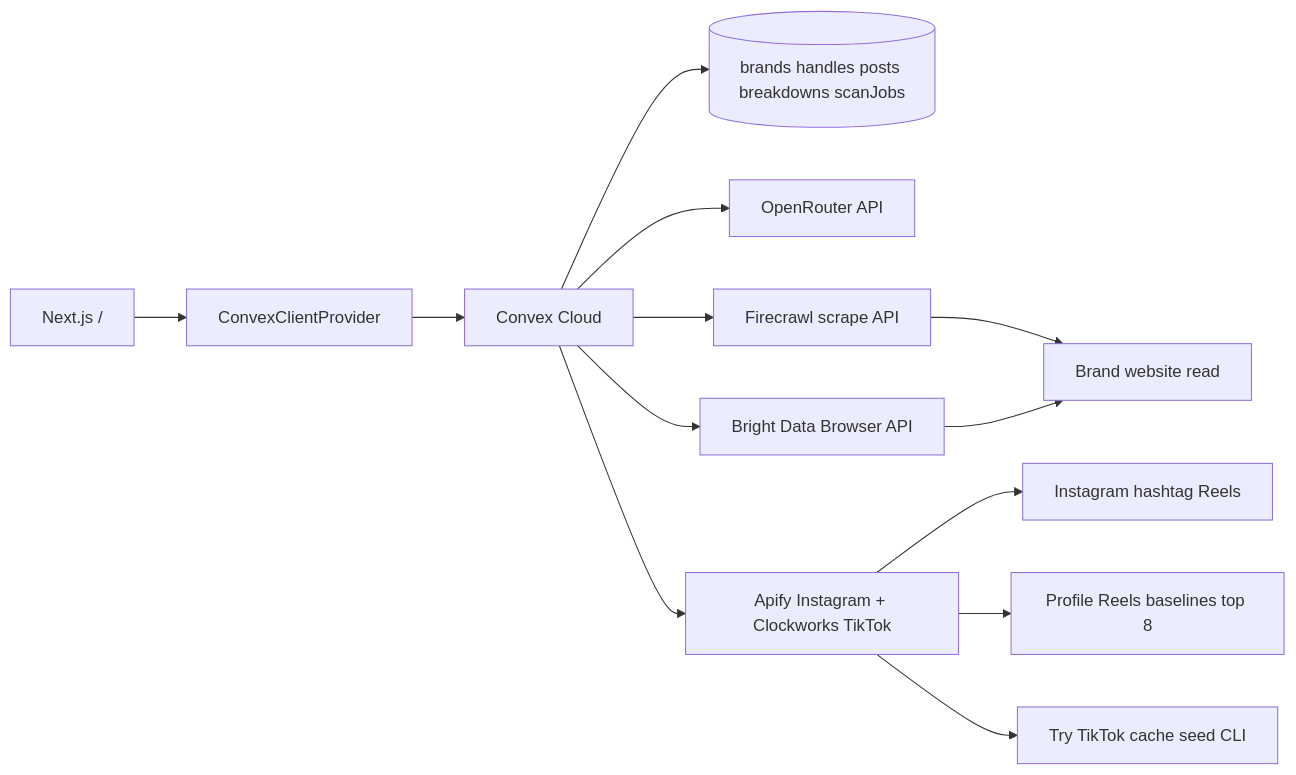
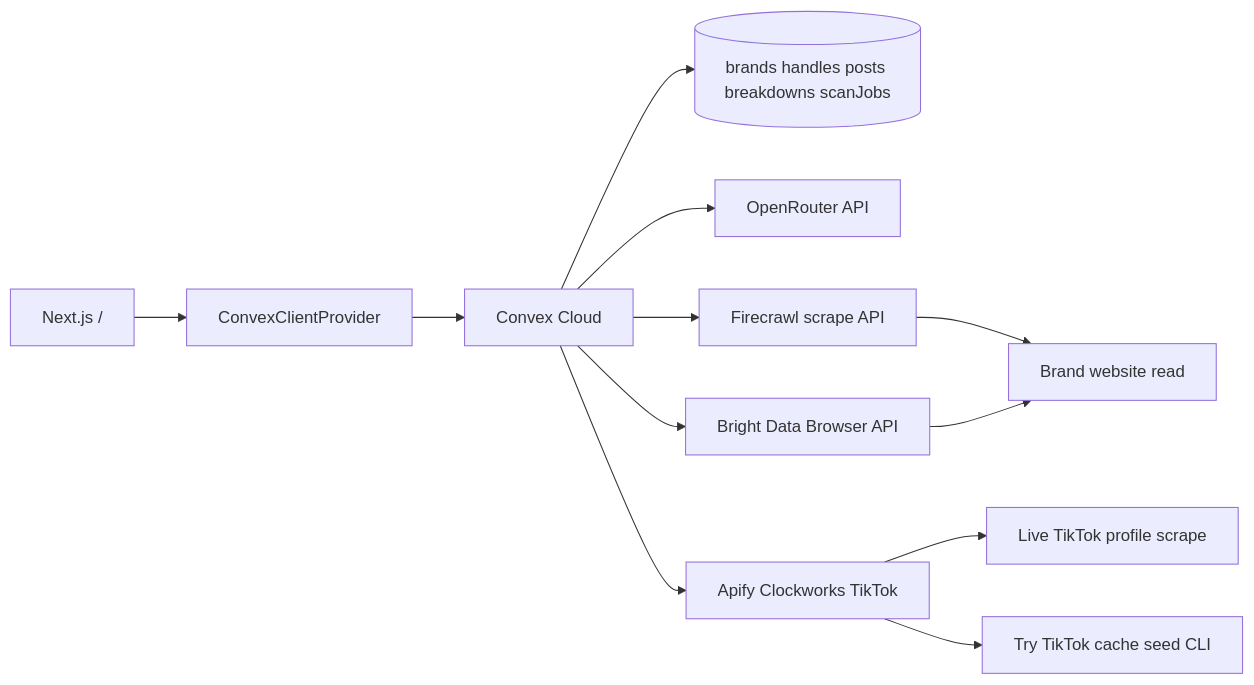
One commit to sid-kiwilab/viralradar changed the diagram in docs/LIVE.md. Above: the diagram before and after it, drawn with Mermaid. The commit also changed other lines of this file and 15 other files, not shown here.

First line of the commit message:
Revert live scan to TikTok-only with three demo brands.

````diff
--- a/docs/LIVE.md
+++ b/docs/LIVE.md
@@ -35,15 +35,14 @@
 ```mermaid
 flowchart LR
   Home["Next.js /"] --> ConvexClient[ConvexClientProvider]
   ConvexClient --> ConvexCloud[Convex Cloud]
   ConvexCloud --> Schema[(brands handles posts breakdowns scanJobs)]
   ConvexCloud --> OpenRouter[OpenRouter API]
   ConvexCloud --> Firecrawl[Firecrawl scrape API]
   ConvexCloud --> BrowserAPI[Bright Data Browser API]
-  ConvexCloud --> Apify[Apify Instagram + Clockworks TikTok]
+  ConvexCloud --> Apify[Apify Clockworks TikTok]
   Firecrawl --> BrandSite[Brand website read]
   BrowserAPI --> BrandSite
-  Apify --> Reels[Instagram hashtag Reels]
-  Apify --> ProfileBaselines[Profile Reels baselines top 8]
+  Apify --> TikTokLive[Live TikTok profile scrape]
   Apify --> TikTok[Try TikTok cache seed CLI]
 ```
````
